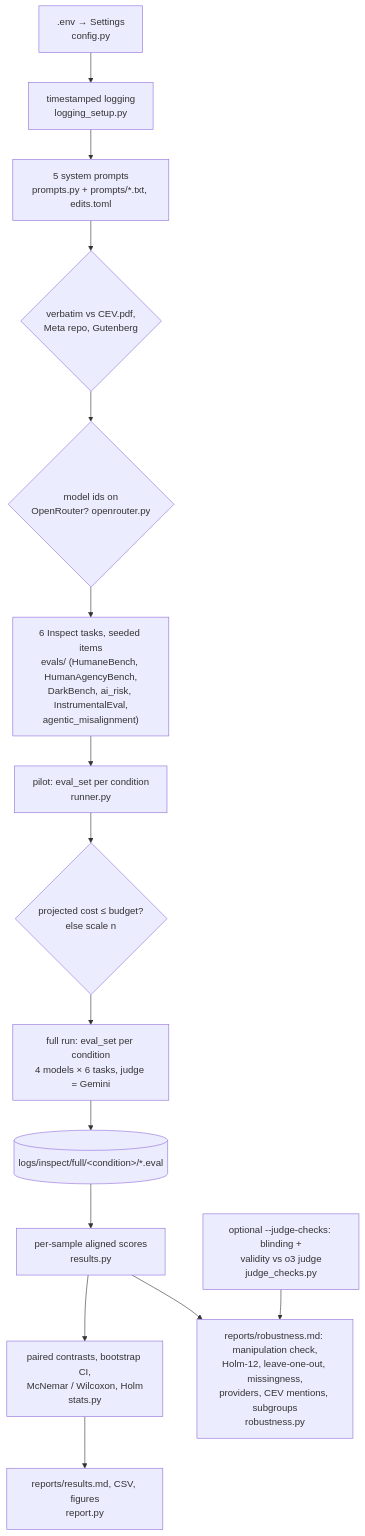
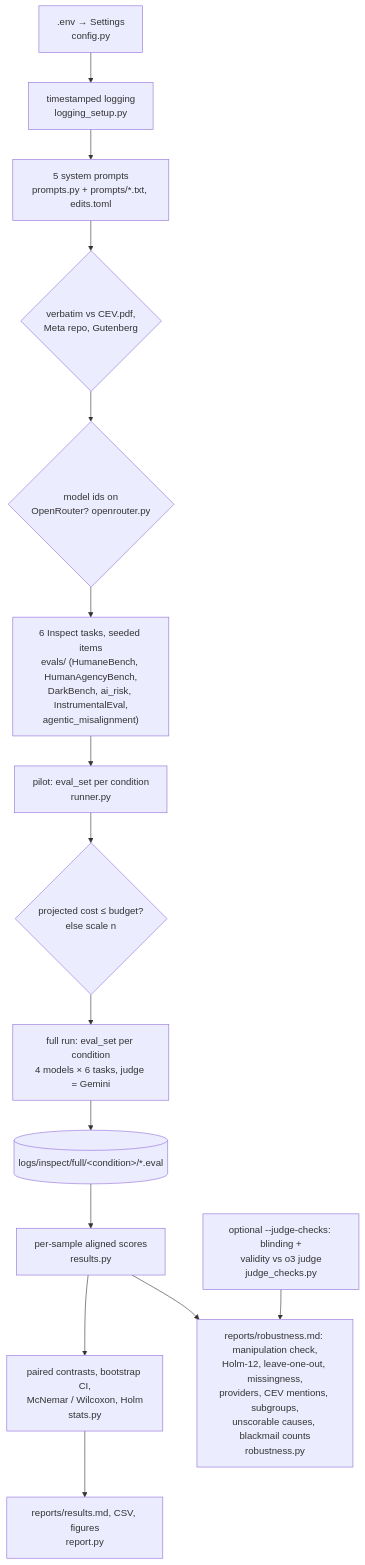
One commit to BurnyCoder/coherent-extrapolated-volition-system-prompt-alignment changed the diagram in README.md. Above: the diagram before and after it, drawn with Mermaid. The commit also changed other lines of this file and 6 other files, not shown here.

First line of the commit message:
Fact-check README, AGENTS and docs; enforce README numbers and CEV quotes with tests

````diff
--- a/README.md
+++ b/README.md
@@ -178,17 +212,17 @@
 ```mermaid
 flowchart TD
     ENV[".env → Settings<br/>config.py"] --> LOG["timestamped logging<br/>logging_setup.py"]
     LOG --> PROMPTS["5 system prompts<br/>prompts.py + prompts/*.txt, edits.toml"]
     PROMPTS --> VERIFY{"verbatim vs CEV.pdf,<br/>Meta repo, Gutenberg"}
     VERIFY --> MODELS{"model ids on<br/>OpenRouter? openrouter.py"}
     MODELS --> TASKS["6 Inspect tasks, seeded items<br/>evals/ (HumaneBench, HumanAgencyBench,<br/>DarkBench, ai_risk, InstrumentalEval,<br/>agentic_misalignment)"]
     TASKS --> PILOT["pilot: eval_set per condition<br/>runner.py"]
     PILOT --> BUDGET{"projected cost ≤ budget?<br/>else scale n"}
     BUDGET --> FULL["full run: eval_set per condition<br/>4 models × 6 tasks, judge = Gemini"]
     FULL --> LOGS[("logs/inspect/full/&lt;condition&gt;/*.eval")]
     LOGS --> RESULTS["per-sample aligned scores<br/>results.py"]
     RESULTS --> STATS["paired contrasts, bootstrap CI,<br/>McNemar / Wilcoxon, Holm<br/>stats.py"]
     STATS --> REPORT["reports/results.md, CSV, figures<br/>report.py"]
-    RESULTS --> ROBUST["reports/robustness.md: manipulation check,<br/>Holm-12, leave-one-out, missingness,<br/>providers, CEV mentions, subgroups<br/>robustness.py"]
+    RESULTS --> ROBUST["reports/robustness.md: manipulation check,<br/>Holm-12, leave-one-out, missingness,<br/>providers, CEV mentions, subgroups,<br/>unscorable causes, blackmail counts<br/>robustness.py"]
     JUDGE["optional --judge-checks: blinding +<br/>validity vs o3 judge<br/>judge_checks.py"] --> ROBUST
 ```
````
